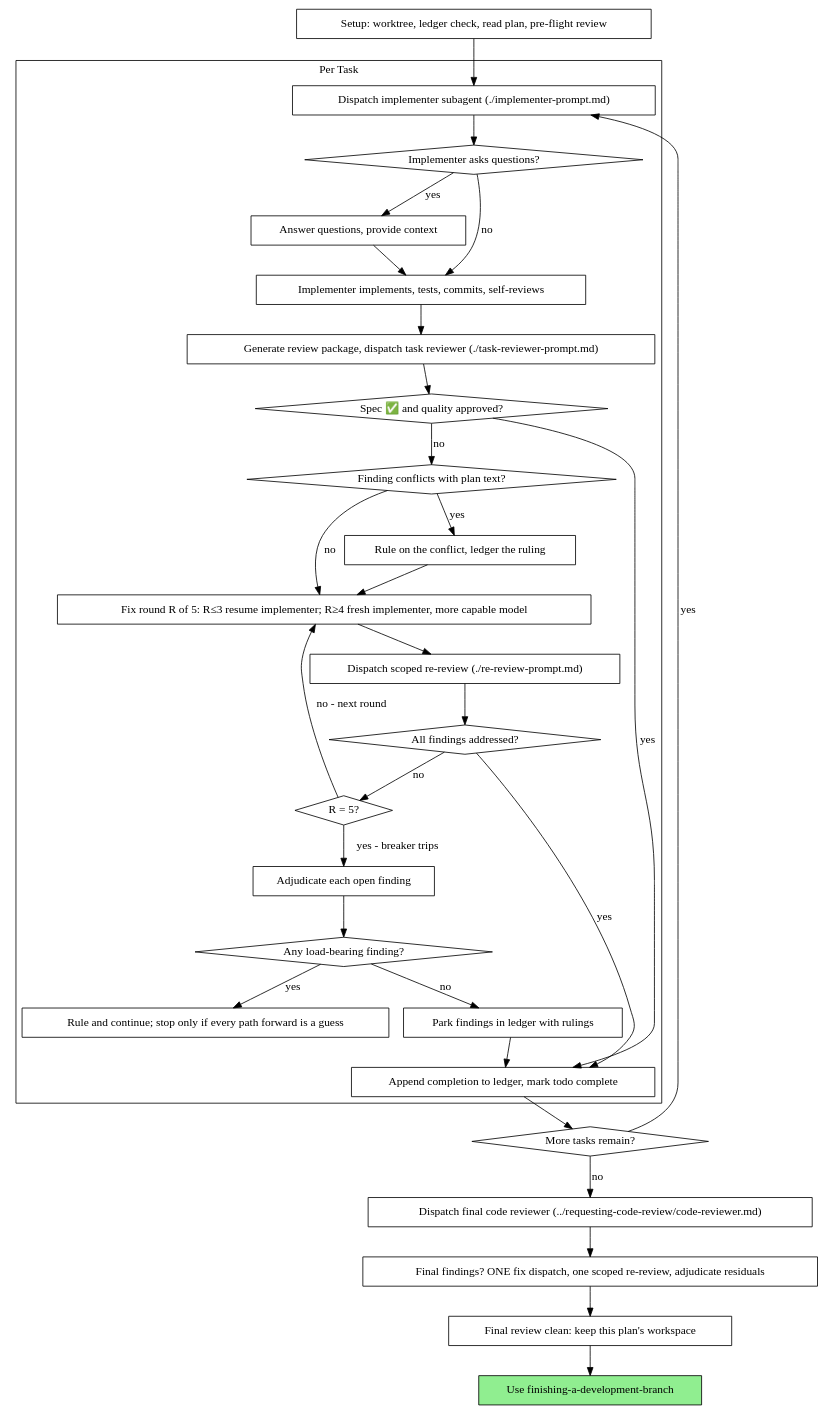
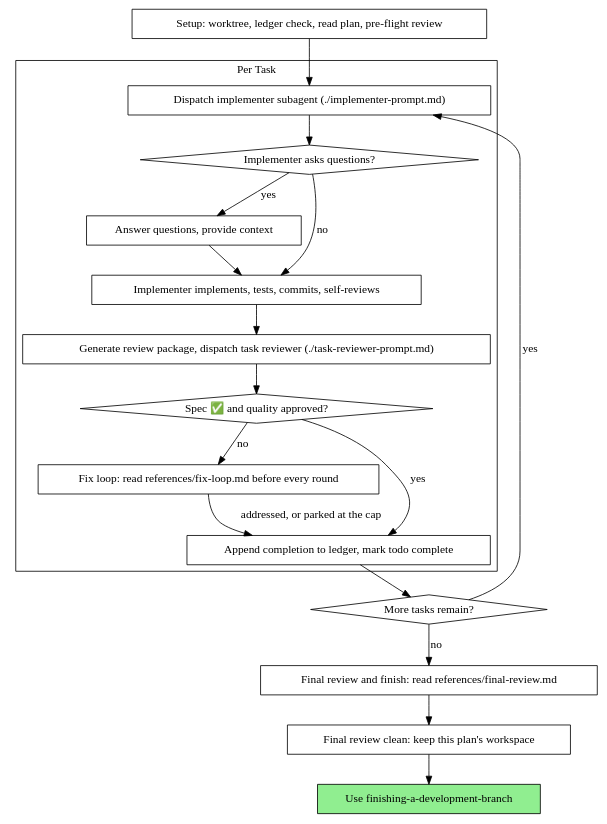
One commit to z-fenix/mulix-coding changed the second of 2 diagrams in assets/superpowers/skills/subagent-driven-development/SKILL.md. Above: the diagram before and after it, drawn with Graphviz. The commit also changed other lines of this file and 84 other files, not shown here.

First line of the commit message:
feat(quality): integrate task-scoped Karate verification

````diff
--- a/assets/superpowers/skills/subagent-driven-development/SKILL.md
+++ b/assets/superpowers/skills/subagent-driven-development/SKILL.md
@@ -61,62 +61,39 @@
 ```dot
 digraph process {
     rankdir=TB;
 
     subgraph cluster_per_task {
         label="Per Task";
         "Dispatch implementer subagent (./implementer-prompt.md)" [shape=box];
         "Implementer asks questions?" [shape=diamond];
         "Answer questions, provide context" [shape=box];
         "Implementer implements, tests, commits, self-reviews" [shape=box];
         "Generate review package, dispatch task reviewer (./task-reviewer-prompt.md)" [shape=box];
         "Spec ✅ and quality approved?" [shape=diamond];
-        "Finding conflicts with plan text?" [shape=diamond];
-        "Rule on the conflict, ledger the ruling" [shape=box];
-        "Fix round R of 5: R≤3 resume implementer; R≥4 fresh implementer, more capable model" [shape=box];
-        "Dispatch scoped re-review (./re-review-prompt.md)" [shape=box];
-        "All findings addressed?" [shape=diamond];
-        "R = 5?" [shape=diamond];
-        "Adjudicate each open finding" [shape=box];
-        "Any load-bearing finding?" [shape=diamond];
-        "Rule and continue; stop only if every path forward is a guess" [shape=box];
-        "Park findings in ledger with rulings" [shape=box];
+        "Fix loop: read references/fix-loop.md before every round" [shape=box];
         "Append completion to ledger, mark todo complete" [shape=box];
     }
 
     "Setup: worktree, ledger check, read plan, pre-flight review" [shape=box];
     "More tasks remain?" [shape=diamond];
-    "Dispatch final code reviewer (../requesting-code-review/code-reviewer.md)" [shape=box];
-    "Final findings? ONE fix dispatch, one scoped re-review, adjudicate residuals" [shape=box];
+    "Final review and finish: read references/final-review.md" [shape=box];
     "Final review clean: keep this plan's workspace" [shape=box];
     "Use finishing-a-development-branch" [shape=box style=filled fillcolor=lightgreen];
 
     "Setup: worktree, ledger check, read plan, pre-flight review" -> "Dispatch implementer subagent (./implementer-prompt.md)";
     "Dispatch implementer subagent (./implementer-prompt.md)" -> "Implementer asks questions?";
     "Implementer asks questions?" -> "Answer questions, provide context" [label="yes"];
     "Answer questions, provide context" -> "Implementer implements, tests, commits, self-reviews";
     "Implementer asks questions?" -> "Implementer implements, tests, commits, self-reviews" [label="no"];
     "Implementer implements, tests, commits, self-reviews" -> "Generate review package, dispatch task reviewer (./task-reviewer-prompt.md)";
     "Generate review package, dispatch task reviewer (./task-reviewer-prompt.md)" -> "Spec ✅ and quality approved?";
     "Spec ✅ and quality approved?" -> "Append completion to ledger, mark todo complete" [label="yes"];
-    "Spec ✅ and quality approved?" -> "Finding conflicts with plan text?" [label="no"];
-    "Finding conflicts with plan text?" -> "Rule on the conflict, ledger the ruling" [label="yes"];
-    "Rule on the conflict, ledger the ruling" -> "Fix round R of 5: R≤3 resume implementer; R≥4 fresh implementer, more capable model";
-    "Finding conflicts with plan text?" -> "Fix round R of 5: R≤3 resume implementer; R≥4 fresh implementer, more capable model" [label="no"];
-    "Fix round R of 5: R≤3 resume implementer; R≥4 fresh implementer, more capable model" -> "Dispatch scoped re-review (./re-review-prompt.md)";
-    "Dispatch scoped re-review (./re-review-prompt.md)" -> "All findings addressed?";
-    "All findings addressed?" -> "Append completion to ledger, mark todo complete" [label="yes"];
-    "All findings addressed?" -> "R = 5?" [label="no"];
-    "R = 5?" -> "Fix round R of 5: R≤3 resume implementer; R≥4 fresh implementer, more capable model" [label="no - next round"];
-    "R = 5?" -> "Adjudicate each open finding" [label="yes - breaker trips"];
-    "Adjudicate each open finding" -> "Any load-bearing finding?";
-    "Any load-bearing finding?" -> "Rule and continue; stop only if every path forward is a guess" [label="yes"];
-    "Any load-bearing finding?" -> "Park findings in ledger with rulings" [label="no"];
-    "Park findings in ledger with rulings" -> "Append completion to ledger, mark todo complete";
+    "Spec ✅ and quality approved?" -> "Fix loop: read references/fix-loop.md before every round" [label="no"];
+    "Fix loop: read references/fix-loop.md before every round" -> "Append completion to ledger, mark todo complete" [label="addressed, or parked at the cap"];
     "Append completion to ledger, mark todo complete" -> "More tasks remain?";
     "More tasks remain?" -> "Dispatch implementer subagent (./implementer-prompt.md)" [label="yes"];
-    "More tasks remain?" -> "Dispatch final code reviewer (../requesting-code-review/code-reviewer.md)" [label="no"];
-    "Dispatch final code reviewer (../requesting-code-review/code-reviewer.md)" -> "Final findings? ONE fix dispatch, one scoped re-review, adjudicate residuals";
-    "Final findings? ONE fix dispatch, one scoped re-review, adjudicate residuals" -> "Final review clean: keep this plan's workspace";
+    "More tasks remain?" -> "Final review and finish: read references/final-review.md" [label="no"];
+    "Final review and finish: read references/final-review.md" -> "Final review clean: keep this plan's workspace";
     "Final review clean: keep this plan's workspace" -> "Use finishing-a-development-branch";
 }
 ```
````
